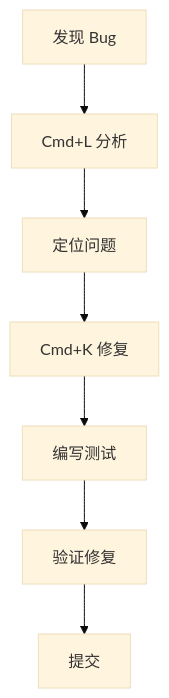
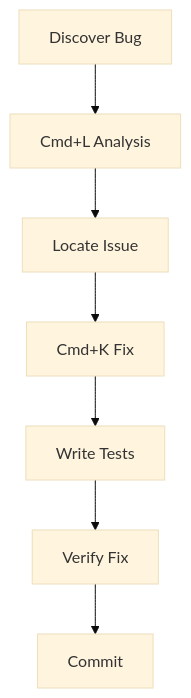
Before and after one commit to DDR187/cursor-howto: the third of 4 diagrams in 08-best-practices/README.md, drawn with Mermaid (base theme). The commit also changed other lines of this file and 22 other files, not shown here.

````diff
--- a/08-best-practices/README.md
+++ b/08-best-practices/README.md
@@ -80,9 +80,9 @@
 ```mermaid
 flowchart TB
-    A[发现 Bug] --> B[Cmd+L 分析]
-    B --> C[定位问题]
-    C --> D[Cmd+K 修复]
-    D --> E[编写测试]
-    E --> F[验证修复]
-    F --> G[提交]
+    A[Discover Bug] --> B[Cmd+L Analysis]
+    B --> C[Locate Issue]
+    C --> D[Cmd+K Fix]
+    D --> E[Write Tests]
+    E --> F[Verify Fix]
+    F --> G[Commit]
 ```
````
